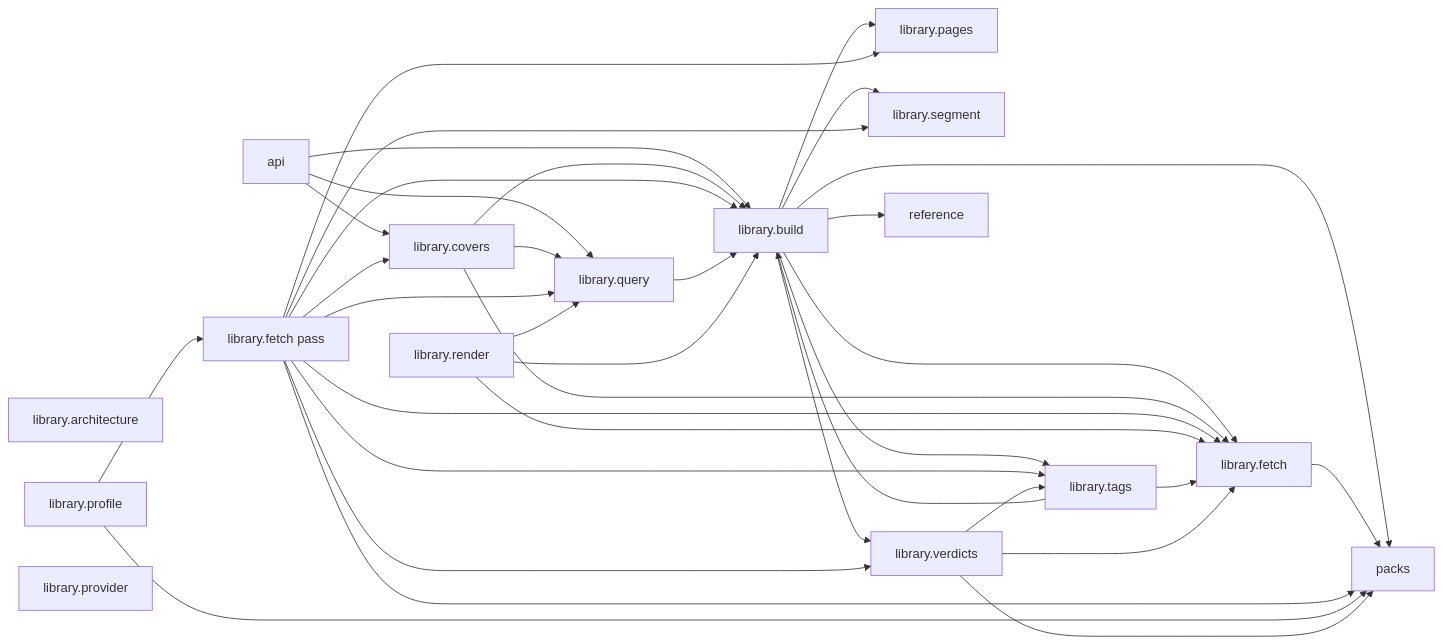
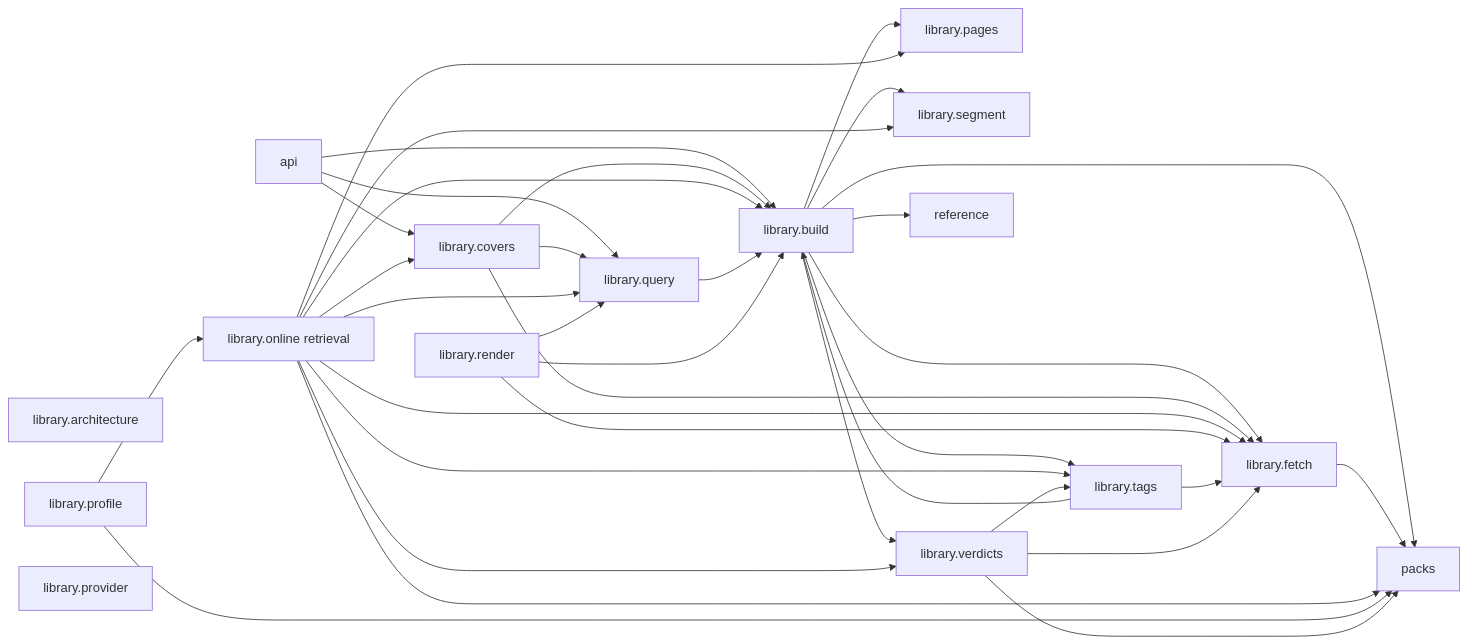
One commit to reversely/lifekit changed the first of 2 diagrams in docs/content/architecture.md. Above: the diagram before and after it, drawn with Mermaid. The commit also changed other lines of this file and 35 other files, not shown here.

First line of the commit message:
refactor: queue and online retrieval, named by meaning, replace the earlier labels

````diff
--- a/docs/content/architecture.md
+++ b/docs/content/architecture.md
@@ -9,53 +9,53 @@
 ```mermaid
 graph LR
   lifekit_api["api"]
   lifekit_api --> lifekit_library_build
   lifekit_api --> lifekit_library_covers
   lifekit_api --> lifekit_library_query
   lifekit_library_architecture["library.architecture"]
   lifekit_library_build["library.build"]
   lifekit_library_build --> lifekit_library_fetch
   lifekit_library_build --> lifekit_library_pages
   lifekit_library_build --> lifekit_library_segment
   lifekit_library_build --> lifekit_library_tags
   lifekit_library_build --> lifekit_library_verdicts
   lifekit_library_build --> lifekit_packs
   lifekit_library_build --> lifekit_reference
   lifekit_library_covers["library.covers"]
   lifekit_library_covers --> lifekit_library_build
   lifekit_library_covers --> lifekit_library_fetch
   lifekit_library_covers --> lifekit_library_query
   lifekit_library_fetch["library.fetch"]
   lifekit_library_fetch --> lifekit_packs
-  lifekit_library_fetchpass["library.fetch pass"]
-  lifekit_library_fetchpass --> lifekit_library_build
-  lifekit_library_fetchpass --> lifekit_library_covers
-  lifekit_library_fetchpass --> lifekit_library_fetch
-  lifekit_library_fetchpass --> lifekit_library_pages
-  lifekit_library_fetchpass --> lifekit_library_query
-  lifekit_library_fetchpass --> lifekit_library_segment
-  lifekit_library_fetchpass --> lifekit_library_tags
-  lifekit_library_fetchpass --> lifekit_library_verdicts
-  lifekit_library_fetchpass --> lifekit_packs
+  lifekit_library_online_retrieval["library.online retrieval"]
+  lifekit_library_online_retrieval --> lifekit_library_build
+  lifekit_library_online_retrieval --> lifekit_library_covers
+  lifekit_library_online_retrieval --> lifekit_library_fetch
+  lifekit_library_online_retrieval --> lifekit_library_pages
+  lifekit_library_online_retrieval --> lifekit_library_query
+  lifekit_library_online_retrieval --> lifekit_library_segment
+  lifekit_library_online_retrieval --> lifekit_library_tags
+  lifekit_library_online_retrieval --> lifekit_library_verdicts
+  lifekit_library_online_retrieval --> lifekit_packs
   lifekit_library_pages["library.pages"]
   lifekit_library_profile["library.profile"]
-  lifekit_library_profile --> lifekit_library_fetchpass
+  lifekit_library_profile --> lifekit_library_online_retrieval
   lifekit_library_profile --> lifekit_packs
   lifekit_library_provider["library.provider"]
   lifekit_library_query["library.query"]
   lifekit_library_query --> lifekit_library_build
   lifekit_library_render["library.render"]
   lifekit_library_render --> lifekit_library_build
   lifekit_library_render --> lifekit_library_fetch
   lifekit_library_render --> lifekit_library_query
   lifekit_library_segment["library.segment"]
   lifekit_library_tags["library.tags"]
   lifekit_library_tags --> lifekit_library_build
   lifekit_library_tags --> lifekit_library_fetch
   lifekit_library_verdicts["library.verdicts"]
   lifekit_library_verdicts --> lifekit_library_fetch
   lifekit_library_verdicts --> lifekit_library_tags
   lifekit_library_verdicts --> lifekit_packs
   lifekit_packs["packs"]
   lifekit_reference["reference"]
 ```
````
